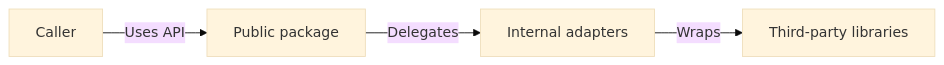
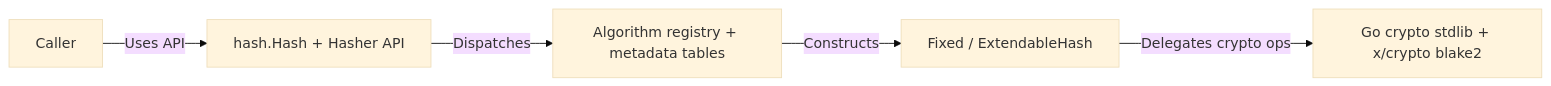
Before and after one commit to bytemare/hash: the diagram in docs/architecture_and_guidelines.md, drawn with Mermaid (base theme). The commit also changed other lines of this file and 10 other files, not shown here.

````diff
--- a/docs/architecture_and_guidelines.md
+++ b/docs/architecture_and_guidelines.md
@@ -7,7 +7,8 @@
 ```mermaid
 flowchart LR
     Client[Caller] -->|Uses API| PublicAPI
-    PublicAPI[Public package] -->|Delegates| Internal
-    Internal[Internal adapters] -->|Wraps| Backends
-    Backends[Third-party libraries]
+    PublicAPI[hash.Hash + Hasher API] -->|Dispatches| Registry
+    Registry[Algorithm registry + metadata tables] -->|Constructs| Wrappers
+    Wrappers[Fixed / ExtendableHash] -->|Delegates crypto ops| Backends
+    Backends[Go crypto stdlib + x/crypto blake2]
 ```
````
